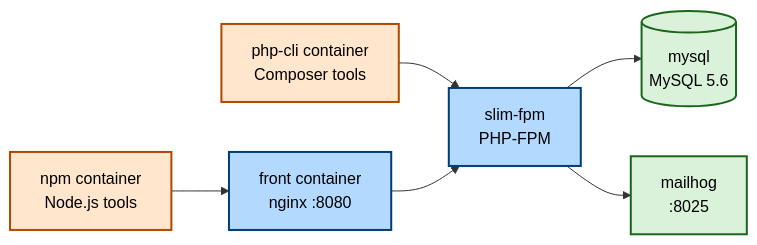
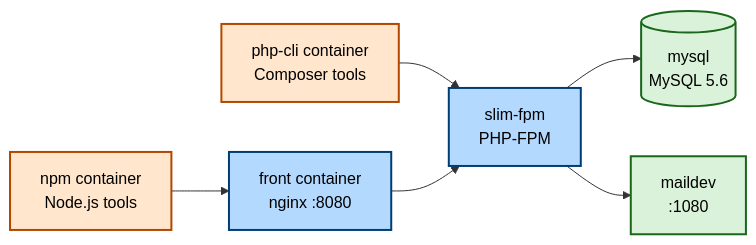
The first of 2 diagrams in docs/ci-testing-strategy.md (mleguen/tkdo), drawn with Mermaid before and after one commit. The commit also changed other lines of this file and 24 other files, not shown here.

````diff
--- a/docs/ci-testing-strategy.md
+++ b/docs/ci-testing-strategy.md
@@ -49,16 +49,16 @@
 ```mermaid
 flowchart LR
     npm[npm container<br/>Node.js tools] --> front[front container<br/>nginx :8080]
     composer[php-cli container<br/>Composer tools] --> api[slim-fpm<br/>PHP-FPM]
     api --> mysql[(mysql<br/>MySQL 5.6)]
-    api --> mailhog[mailhog<br/>:8025]
+    api --> maildev[maildev<br/>:1080]
     front --> api
 
     classDef tools fill:#ffe6cc,stroke:#b34700,stroke-width:2px,color:#000
     classDef runtime fill:#b3d9ff,stroke:#003d73,stroke-width:2px,color:#000
     classDef data fill:#d9f2d9,stroke:#1a661a,stroke-width:2px,color:#000
 
     class npm,composer tools
     class front,api runtime
-    class mysql,mailhog data
+    class mysql,maildev data
 ```
````
